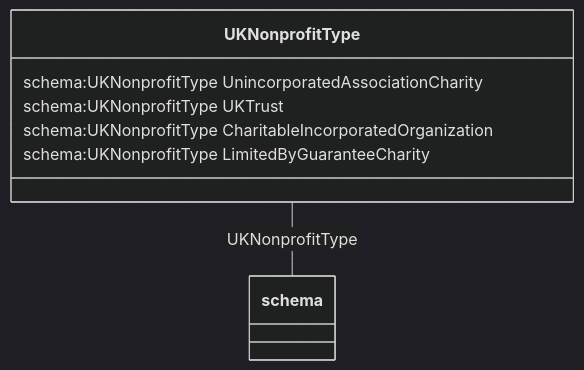
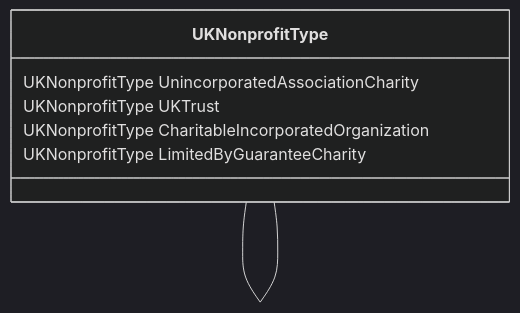
One commit to codexstanford/Insurance-Payout-Ontology changed the diagram in datamodel-build/mermaid/UKNonprofitType.mmd. Above: the diagram before and after it, drawn with Mermaid (dark theme). The commit also changed 3245 other files, not shown here.

Commit message:
Clean build with full schema

```diff
--- a/datamodel-build/mermaid/UKNonprofitType.mmd
+++ b/datamodel-build/mermaid/UKNonprofitType.mmd
@@ -1,12 +1,12 @@
 classDiagram
-  UKNonprofitType -- schema:UKNonprofitType
+  UKNonprofitType -- UKNonprofitType
 
 
 class UKNonprofitType {
 
-  schema:UKNonprofitType UnincorporatedAssociationCharity
-  schema:UKNonprofitType UKTrust
-  schema:UKNonprofitType CharitableIncorporatedOrganization
-  schema:UKNonprofitType LimitedByGuaranteeCharity
+  UKNonprofitType UnincorporatedAssociationCharity
+  UKNonprofitType UKTrust
+  UKNonprofitType CharitableIncorporatedOrganization
+  UKNonprofitType LimitedByGuaranteeCharity
 
  }
```
